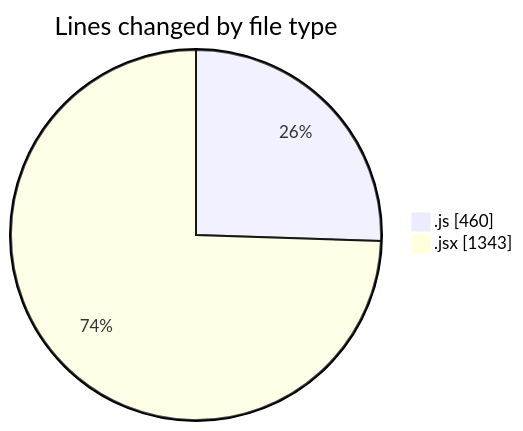
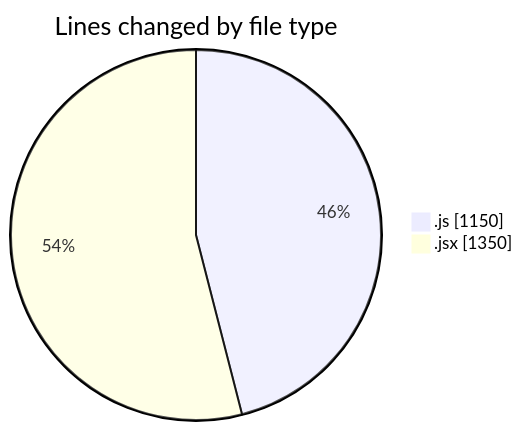
One commit to nxtqubesakshisongat/code-tracking changed the first of 2 diagrams in 2025-09-19/nxtqube_webapp/README.md. Above: the diagram before and after it, drawn with Mermaid. The commit also changed other lines of this file and 1 other file, not shown here.

````diff
--- a/2025-09-19/nxtqube_webapp/README.md
+++ b/2025-09-19/nxtqube_webapp/README.md
@@ -22,6 +23,6 @@
 ```mermaid
 pie showData
 title Lines changed by file type
-".js" : 460
-".jsx" : 1343
+".js" : 1150
+".jsx" : 1350
 ```
````
